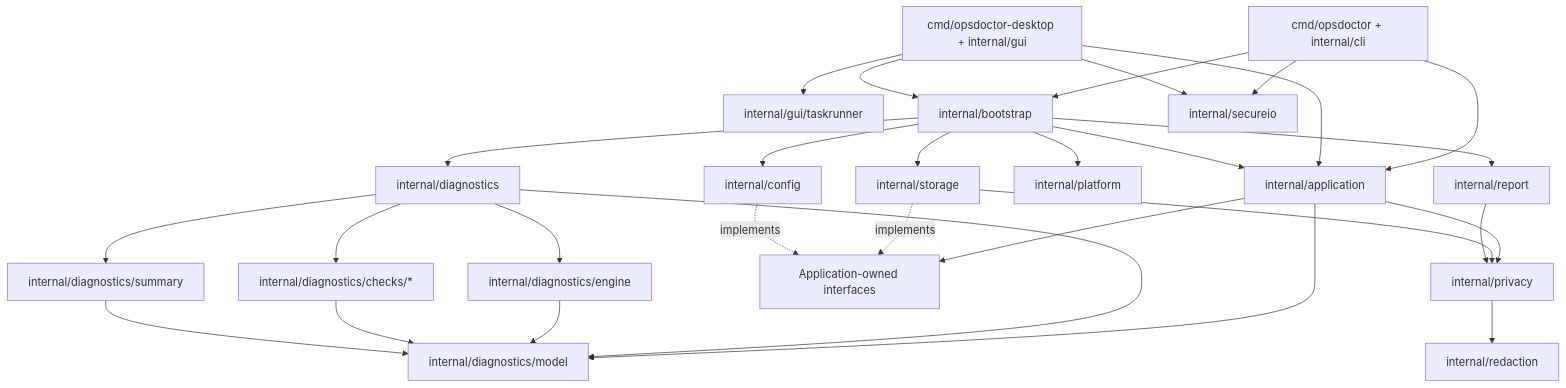
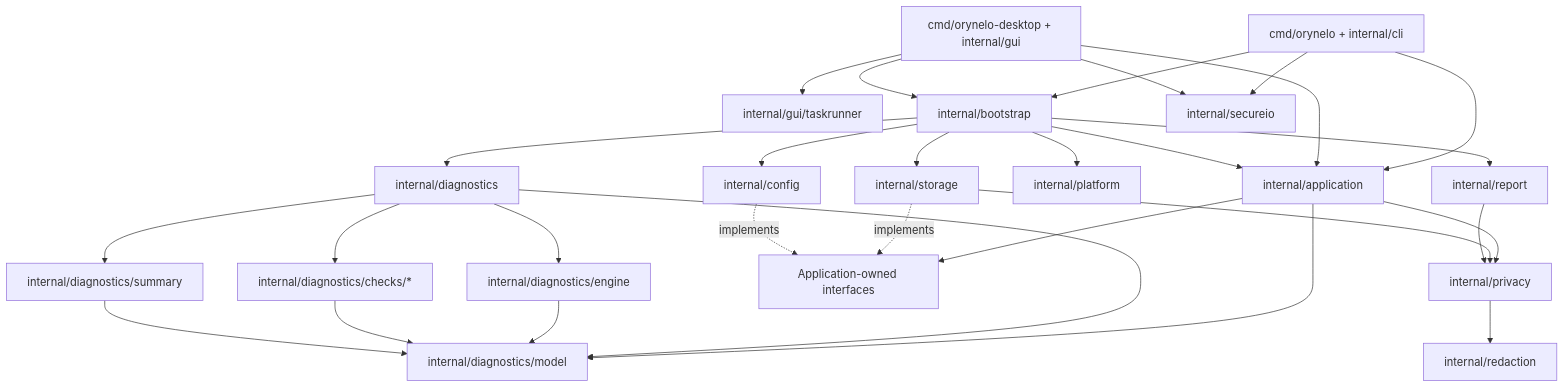
Before and after one commit to Naenier/Orynelo: the first of 2 diagrams in docs/architecture.md, drawn with Mermaid. The commit also changed other lines of this file and 99 other files, not shown here.

````diff
--- a/docs/architecture.md
+++ b/docs/architecture.md
@@ -9,50 +9,50 @@
 ```mermaid
 flowchart TD
-    CLI["cmd/opsdoctor + internal/cli"]
-    GUI["cmd/opsdoctor-desktop + internal/gui"]
+    CLI["cmd/orynelo + internal/cli"]
+    GUI["cmd/orynelo-desktop + internal/gui"]
     TASKS["internal/gui/taskrunner"]
     BOOT["internal/bootstrap"]
     APP["internal/application"]
     RUNNER["internal/diagnostics"]
     MODEL["internal/diagnostics/model"]
     ENGINE["internal/diagnostics/engine"]
     CHECKS["internal/diagnostics/checks/*"]
     SUMMARY["internal/diagnostics/summary"]
     PORTS["Application-owned interfaces"]
     STORE["internal/storage"]
     PLATFORM["internal/platform"]
     CONFIG["internal/config"]
     REPORT["internal/report"]
     REDACT["internal/redaction"]
     PRIVACY["internal/privacy"]
     SECUREIO["internal/secureio"]
 
     CLI --> APP
     GUI --> APP
     GUI --> TASKS
     CLI --> BOOT
     GUI --> BOOT
     BOOT --> APP
     BOOT --> RUNNER
     BOOT --> STORE
     BOOT --> PLATFORM
     BOOT --> CONFIG
     BOOT --> REPORT
     APP --> PORTS
     APP --> MODEL
     APP --> PRIVACY
     RUNNER --> ENGINE
     RUNNER --> CHECKS
     RUNNER --> SUMMARY
     RUNNER --> MODEL
     ENGINE --> MODEL
     CHECKS --> MODEL
     SUMMARY --> MODEL
     STORE -. implements .-> PORTS
     CONFIG -. implements .-> PORTS
     STORE --> PRIVACY
     REPORT --> PRIVACY
     PRIVACY --> REDACT
     CLI --> SECUREIO
     GUI --> SECUREIO
 ```
````
